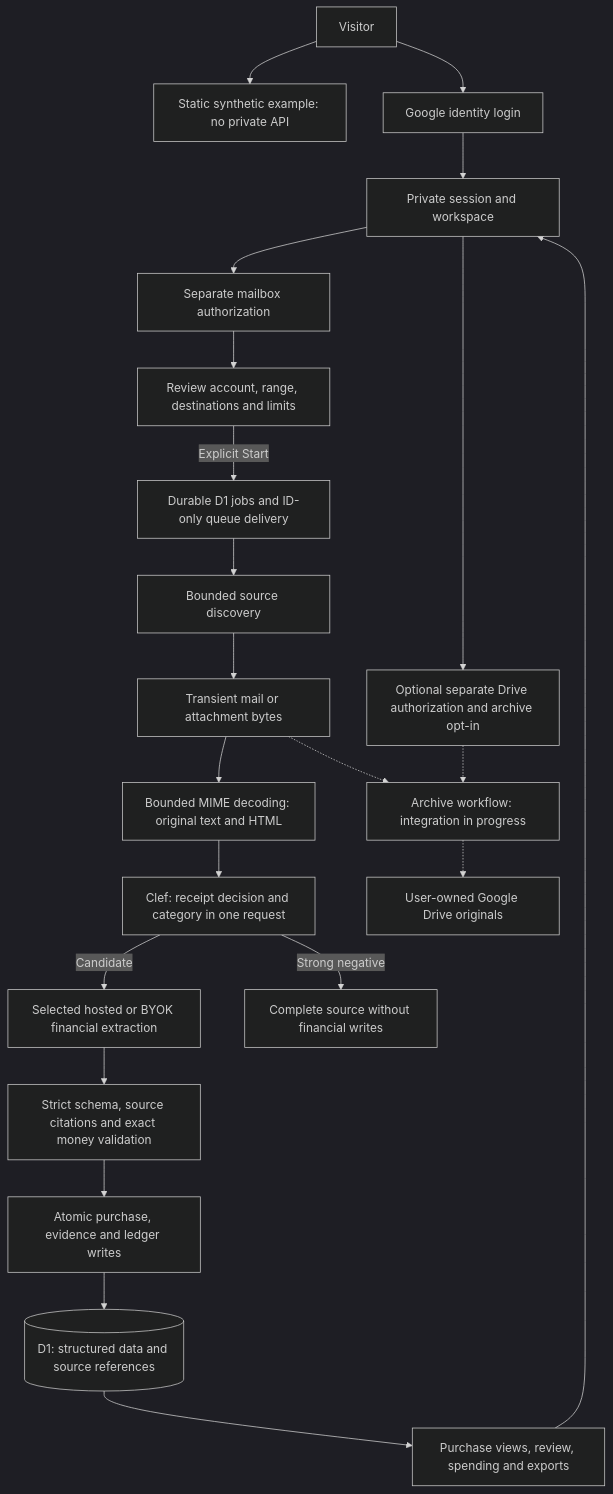
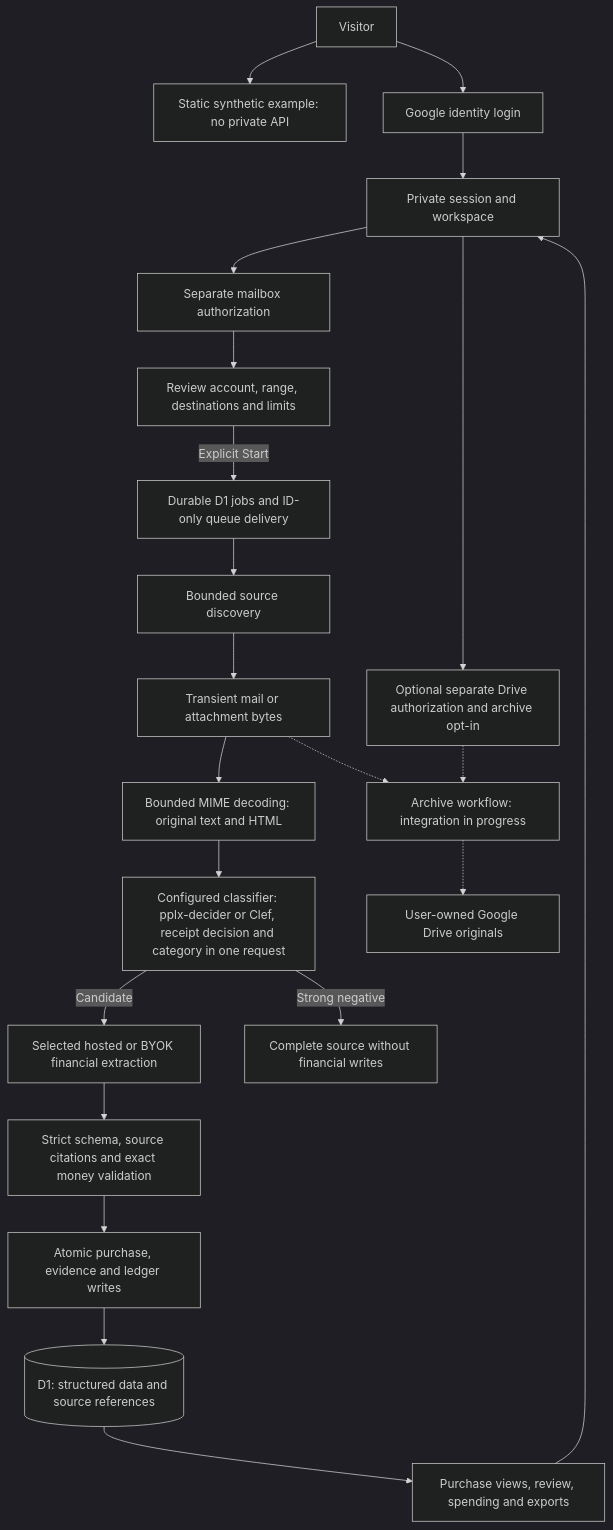
One commit to mhosseinab/invoxim changed the second of 2 diagrams in README.md. Above: the diagram before and after it, drawn with Mermaid (dark theme). The commit also changed other lines of this file and 27 other files, not shown here.

````diff
--- a/README.md
+++ b/README.md
@@ -144,24 +144,24 @@
 ```mermaid
 flowchart TD
   Visitor[Visitor] --> Example[Static synthetic example: no private API]
   Visitor --> Login[Google identity login]
   Login --> Session[Private session and workspace]
   Session --> MailConsent[Separate mailbox authorization]
   MailConsent --> Review[Review account, range, destinations and limits]
   Review -->|Explicit Start| Jobs[Durable D1 jobs and ID-only queue delivery]
   Jobs --> Discovery[Bounded source discovery]
   Discovery --> Content[Transient mail or attachment bytes]
   Content --> Input[Bounded MIME decoding: original text and HTML]
-  Input --> Clef[Clef: receipt decision and category in one request]
+  Input --> Clef[Configured classifier: pplx-decider or Clef, receipt decision and category in one request]
   Clef -->|Candidate| AI[Selected hosted or BYOK financial extraction]
   Clef -->|Strong negative| Complete[Complete source without financial writes]
   AI --> Validation[Strict schema, source citations and exact money validation]
   Validation --> Ledger[Atomic purchase, evidence and ledger writes]
   Ledger --> Data[(D1: structured data and source references)]
   Data --> Views[Purchase views, review, spending and exports]
   Views --> Session
   Session --> DriveConsent[Optional separate Drive authorization and archive opt-in]
   DriveConsent -.-> Archive[Archive workflow: integration in progress]
   Content -.-> Archive
   Archive -.-> Drive[User-owned Google Drive originals]
 ```
````
